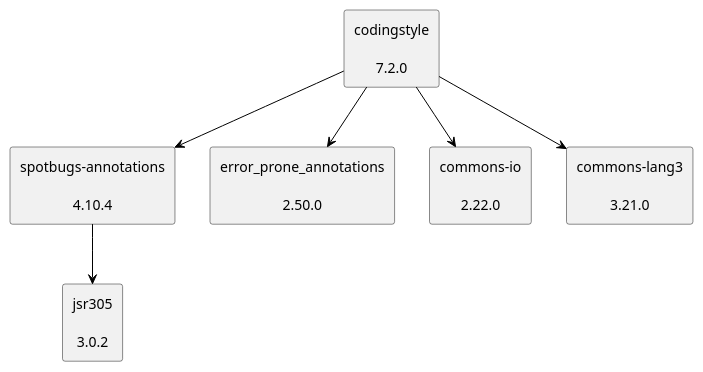
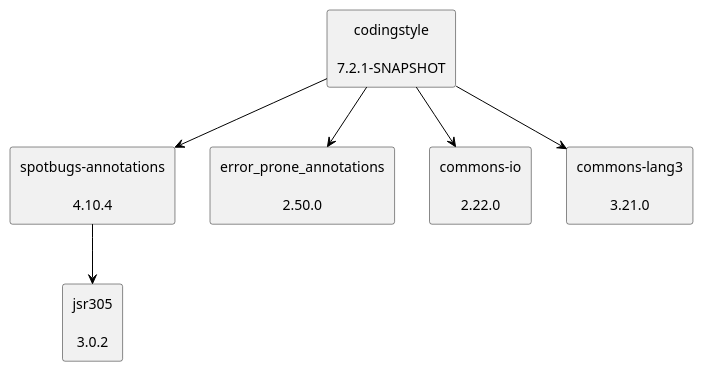
Before and after one commit to uhafner/codingstyle: the diagram in doc/dependency-graph.puml, drawn with PlantUML.

Commit message:
Update dependency graph to latest versions from POM

```diff
--- a/doc/dependency-graph.puml
+++ b/doc/dependency-graph.puml
@@ -1,20 +1,20 @@
 @startuml
 skinparam defaultTextAlignment center
 skinparam rectangle {
   BackgroundColor<<optional>> beige
   BackgroundColor<<test>> lightGreen
   BackgroundColor<<runtime>> lightBlue
   BackgroundColor<<provided>> lightGray
 }
 rectangle "spotbugs-annotations\n\n4.10.4" as com_github_spotbugs_spotbugs_annotations_jar
 rectangle "jsr305\n\n3.0.2" as com_google_code_findbugs_jsr305_jar
-rectangle "codingstyle\n\n7.2.0" as edu_hm_hafner_codingstyle_jar
+rectangle "codingstyle\n\n7.2.1-SNAPSHOT" as edu_hm_hafner_codingstyle_jar
 rectangle "error_prone_annotations\n\n2.50.0" as com_google_errorprone_error_prone_annotations_jar
 rectangle "commons-io\n\n2.22.0" as commons_io_commons_io_jar
 rectangle "commons-lang3\n\n3.21.0" as org_apache_commons_commons_lang3_jar
 com_github_spotbugs_spotbugs_annotations_jar -[#000000]-> com_google_code_findbugs_jsr305_jar
 edu_hm_hafner_codingstyle_jar -[#000000]-> com_github_spotbugs_spotbugs_annotations_jar
 edu_hm_hafner_codingstyle_jar -[#000000]-> com_google_errorprone_error_prone_annotations_jar
 edu_hm_hafner_codingstyle_jar -[#000000]-> commons_io_commons_io_jar
 edu_hm_hafner_codingstyle_jar -[#000000]-> org_apache_commons_commons_lang3_jar
 @enduml
```
